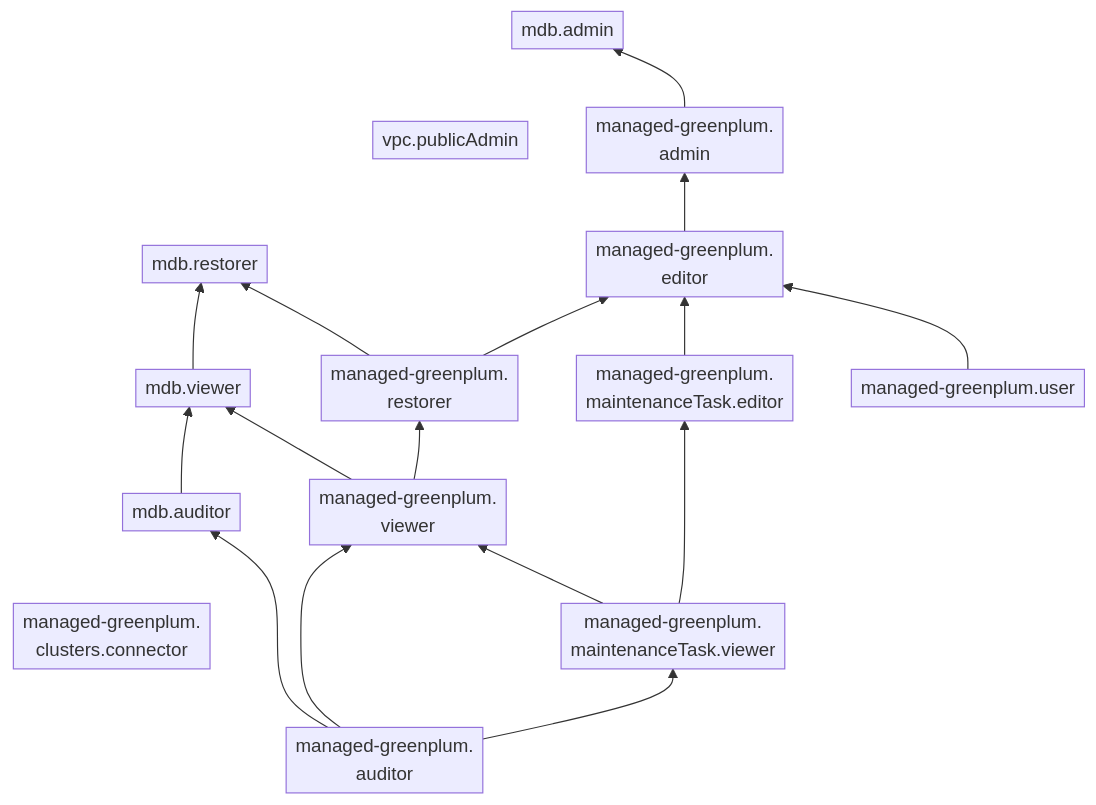
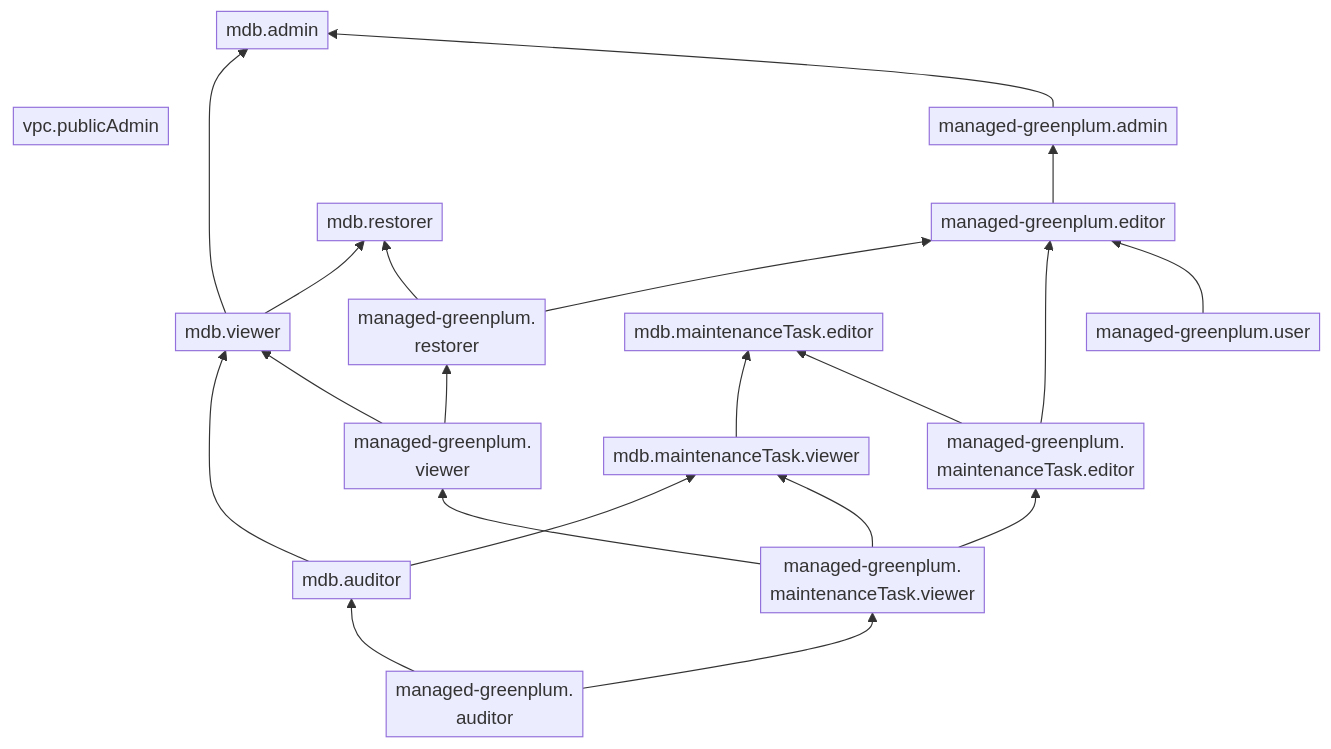
Before and after one commit to yandex-cloud/docs: the diagram in en/_mermaid/roles/managed-greenplum.md, drawn with Mermaid. The commit also changed 235 other files, not shown here.

````diff
--- a/en/_mermaid/roles/managed-greenplum.md
+++ b/en/_mermaid/roles/managed-greenplum.md
@@ -1,29 +1,31 @@
 ```mermaid
 %%{init: { "flowchart": { "padding": 4 } } }%%
 flowchart BT
-    managed-greenplum.clusters.connector["`managed-greenplum.
-    clusters.connector`"] ~~~ mdb.auditor
     vpc.publicAdmin ~~~ mdb.admin
+    mdb.viewer --> mdb.admin
+    mdb.viewer ~~~ mdb.admin
+    mdb.restorer ~~~ mdb.admin
+    mdb.viewer --> mdb.restorer
+    managed-greenplum.admin --> mdb.admin
+    managed-greenplum.viewer --> managed-greenplum.restorer["`managed-greenplum.
+    restorer`"]
+    managed-greenplum.restorer --> managed-greenplum.editor
+    mdb.auditor --> mdb.maintenanceTask.viewer
+    mdb.maintenanceTask.viewer --> mdb.maintenanceTask.editor
+    managed-greenplum.maintenanceTask.viewer --> mdb.maintenanceTask.viewer
+    managed-greenplum.maintenanceTask.editor --> managed-greenplum.editor
+    managed-greenplum.maintenanceTask.viewer --> managed-greenplum.viewer["`managed-greenplum.
+    viewer`"]
+    managed-greenplum.maintenanceTask.viewer --> managed-greenplum.maintenanceTask.editor["`managed-greenplum.
+    maintenanceTask.editor`"]
+    managed-greenplum.maintenanceTask.editor --> mdb.maintenanceTask.editor
+    managed-greenplum.auditor --> managed-greenplum.maintenanceTask.viewer["`managed-greenplum.
+    maintenanceTask.viewer`"]
     mdb.auditor --> mdb.viewer
-    mdb.viewer --> mdb.restorer   
+    managed-greenplum.viewer --> mdb.viewer
     managed-greenplum.auditor["`managed-greenplum.
     auditor`"] --> mdb.auditor
-    managed-greenplum.viewer["`managed-greenplum.
-    viewer`"] --> mdb.viewer
-    managed-greenplum.restorer["`managed-greenplum.
-    restorer`"] --> mdb.restorer
-    managed-greenplum.admin["`managed-greenplum.
-    admin`"] --> mdb.admin
-    managed-greenplum.maintenanceTask.viewer --> managed-greenplum.viewer
-    managed-greenplum.maintenanceTask.editor --> managed-greenplum.editor
+    managed-greenplum.editor --> managed-greenplum.admin
+    managed-greenplum.restorer --> mdb.restorer
     managed-greenplum.user --> managed-greenplum.editor
-    managed-greenplum.auditor --> managed-greenplum.viewer
-    managed-greenplum.viewer --> managed-greenplum.restorer
-    managed-greenplum.editor["`managed-greenplum.
-    editor`"] --> managed-greenplum.admin
-    managed-greenplum.auditor --> managed-greenplum.maintenanceTask.viewer["`managed-greenplum.
-    maintenanceTask.viewer`"]
-    managed-greenplum.maintenanceTask.viewer --> managed-greenplum.maintenanceTask.editor["`managed-greenplum.
-    maintenanceTask.editor`"]
-    managed-greenplum.restorer --> managed-greenplum.editor
 ```
````
